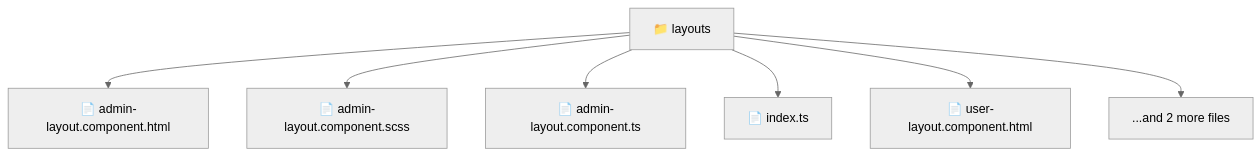
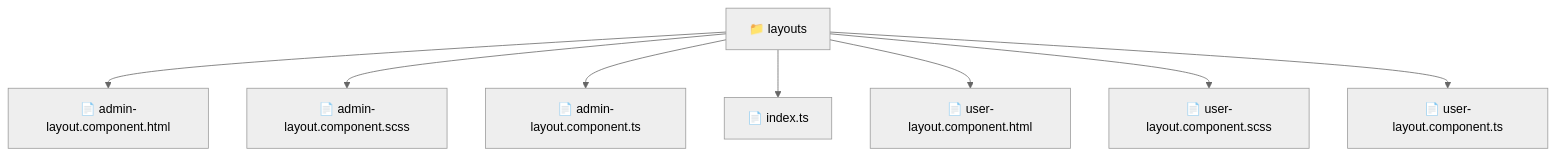
One commit to beginwebdev2002/fullstack-mavluda changed the diagram in frontend/src/widgets/layouts/README.md. Above: the diagram before and after it, drawn with Mermaid (neutral theme). The commit also changed other lines of this file and 159 other files, not shown here.

````diff
--- a/frontend/src/widgets/layouts/README.md
+++ b/frontend/src/widgets/layouts/README.md
@@ -11,10 +11,11 @@
 ```mermaid
 graph TD
-  layouts["📁 layouts"]
-  layouts --> layouts_admin_layout_component_html["📄 admin-layout.component.html"]
-  layouts --> layouts_admin_layout_component_scss["📄 admin-layout.component.scss"]
-  layouts --> layouts_admin_layout_component_ts["📄 admin-layout.component.ts"]
-  layouts --> layouts_index_ts["📄 index.ts"]
-  layouts --> layouts_user_layout_component_html["📄 user-layout.component.html"]
-  layouts --> layouts_more_files["...and 2 more files"]
+  Root["📁 layouts"]
+  Root --> admin_layout_component_html["📄 admin-layout.component.html"]
+  Root --> admin_layout_component_scss["📄 admin-layout.component.scss"]
+  Root --> admin_layout_component_ts["📄 admin-layout.component.ts"]
+  Root --> index_ts["📄 index.ts"]
+  Root --> user_layout_component_html["📄 user-layout.component.html"]
+  Root --> user_layout_component_scss["📄 user-layout.component.scss"]
+  Root --> user_layout_component_ts["📄 user-layout.component.ts"]
 ```
````
